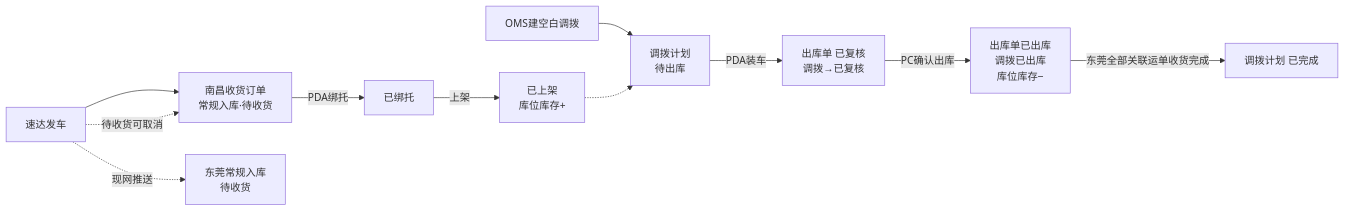
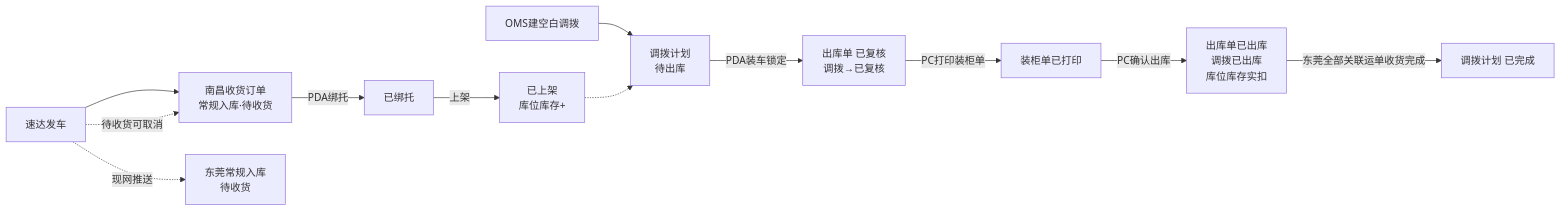
One commit to Tiana-1720/wms-inbound-demo changed the first of 3 diagrams in prd-docs/01-加盟商揽收仓需求/03-01-加盟商揽收仓管理后台主PRD.md. Above: the diagram before and after it, drawn with Mermaid. The commit also changed other lines of this file and 50 other files, not shown here.

First line of the commit message:
Add outbound list and link-waybill flow with prototype annotations.

````diff
--- a/prd-docs/01-加盟商揽收仓需求/03-01-加盟商揽收仓管理后台主PRD.md
+++ b/prd-docs/01-加盟商揽收仓需求/03-01-加盟商揽收仓管理后台主PRD.md
@@ -98,13 +99,14 @@
 ```mermaid
 flowchart LR
     A["速达发车"] --> B["南昌收货订单<br/>常规入库·待收货"]
     A -.->|"现网推送"| K["东莞常规入库<br/>待收货"]
     B -->|"PDA绑托"| C["已绑托"]
     C -->|"上架"| D["已上架<br/>库位库存+"]
     E["OMS建空白调拨"] --> F["调拨计划<br/>待出库"]
     D -.-> F
-    F -->|"PDA装车"| G["出库单 已复核<br/>调拨→已复核"]
-    G -->|"PC确认出库"| H["出库单已出库<br/>调拨已出库<br/>库位库存−"]
+    F -->|"PDA装车锁定"| G["出库单 已复核<br/>调拨→已复核"]
+    G -->|"PC打印装柜单"| G2["装柜单已打印"]
+    G2 -->|"PC确认出库"| H["出库单已出库<br/>调拨已出库<br/>库位库存实扣"]
     H -->|"东莞全部关联运单收货完成"| J["调拨计划 已完成"]
     A -.->|"待收货可取消"| B
 ```
````
